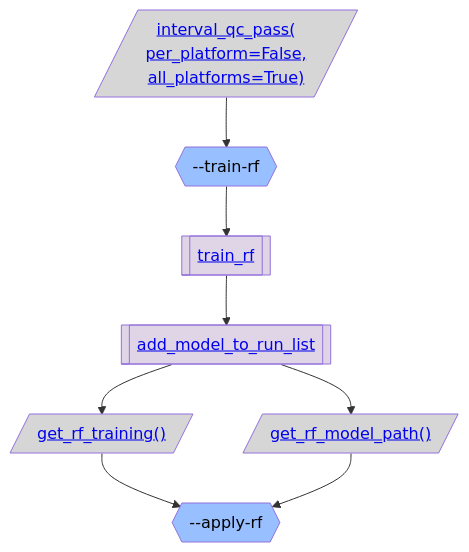
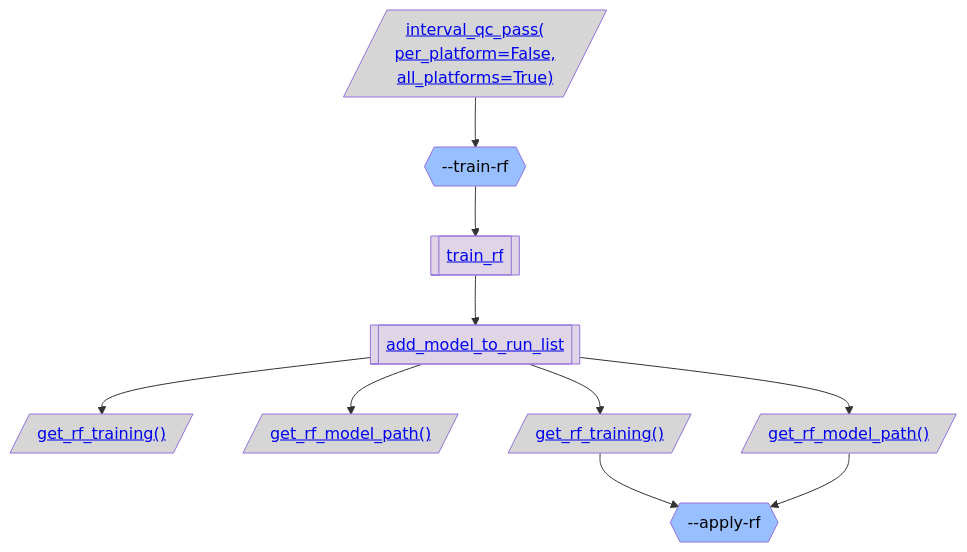
The second of 5 diagrams in gnomad_qc/v4/variant_qc/README.md (broadinstitute/gnomad_qc), drawn with Mermaid before and after one commit. The commit also changed other lines of this file and 3 other files, not shown here.

````diff
--- a/gnomad_qc/v4/variant_qc/README.md
+++ b/gnomad_qc/v4/variant_qc/README.md
@@ -105,27 +105,31 @@
 ```mermaid
 flowchart TB;
   classDef script_color fill:#2C5D4A,color:#000000
   classDef step_color fill:#98BFFF,color:#000000
   classDef func_color fill:#E0D5E6,color:#000000
   classDef gnomad_methods_color fill:#F9F2CE,color:#000000
   classDef hail_color fill:#FAEACE,color:#000000
   classDef resource_color fill:#D6D6D6,color:#000000
   classDef validity_check_color fill:#2C5D4A,color:#000000
 
   resource_interval_qc_pass_per_platform_False_all_platforms_True[/"<a href='https://github.com/broadinstitute/gnomad_qc/tree/main/gnomad_qc/v4/resources/sample_qc.py#L306'>interval_qc_pass(
 per_platform=False,
 all_platforms=True)</a>"/]:::resource_color;
   step_train_rf{{"--train-rf"}}:::step_color;
   func_train_rf[["<a href='https://github.com/broadinstitute/gnomad_qc/tree/main/gnomad_qc/v4/variant_qc/random_forest.py#L57'>train_rf</a>"]]:::func_color;
   func_add_model_to_run_list[["<a href='https://github.com/broadinstitute/gnomad_qc/tree/main/gnomad_qc/v4/variant_qc/random_forest.py#L172'>add_model_to_run_list</a>"]]:::func_color;
+  get_rf_training_[/"<a href='https://github.com/broadinstitute/gnomad_qc/tree/main/gnomad_qc/v4/resources/variant_qc.py#L238'>get_rf_training()</a>"/]:::resource_color;
+  get_rf_model_path_[/"<a href='https://github.com/broadinstitute/gnomad_qc/tree/main/gnomad_qc/v4/resources/variant_qc.py#L222'>get_rf_model_path()</a>"/]:::resource_color;
   resource_get_rf_training_[/"<a href='https://github.com/broadinstitute/gnomad_qc/tree/main/gnomad_qc/v4/resources/variant_qc.py#L238'>get_rf_training()</a>"/]:::resource_color;
   step_apply_rf{{"--apply-rf"}}:::step_color;
   resource_get_rf_model_path_[/"<a href='https://github.com/broadinstitute/gnomad_qc/tree/main/gnomad_qc/v4/resources/variant_qc.py#L222'>get_rf_model_path()</a>"/]:::resource_color;
   resource_interval_qc_pass_per_platform_False_all_platforms_True --> step_train_rf;
   step_train_rf --> func_train_rf;
   func_train_rf --> func_add_model_to_run_list;
+  func_add_model_to_run_list --> get_rf_training_;
+  func_add_model_to_run_list --> get_rf_model_path_;
   func_add_model_to_run_list --> resource_get_rf_training_;
   resource_get_rf_training_ --> step_apply_rf;
   func_add_model_to_run_list --> resource_get_rf_model_path_;
   resource_get_rf_model_path_ --> step_apply_rf;
 ```
````
